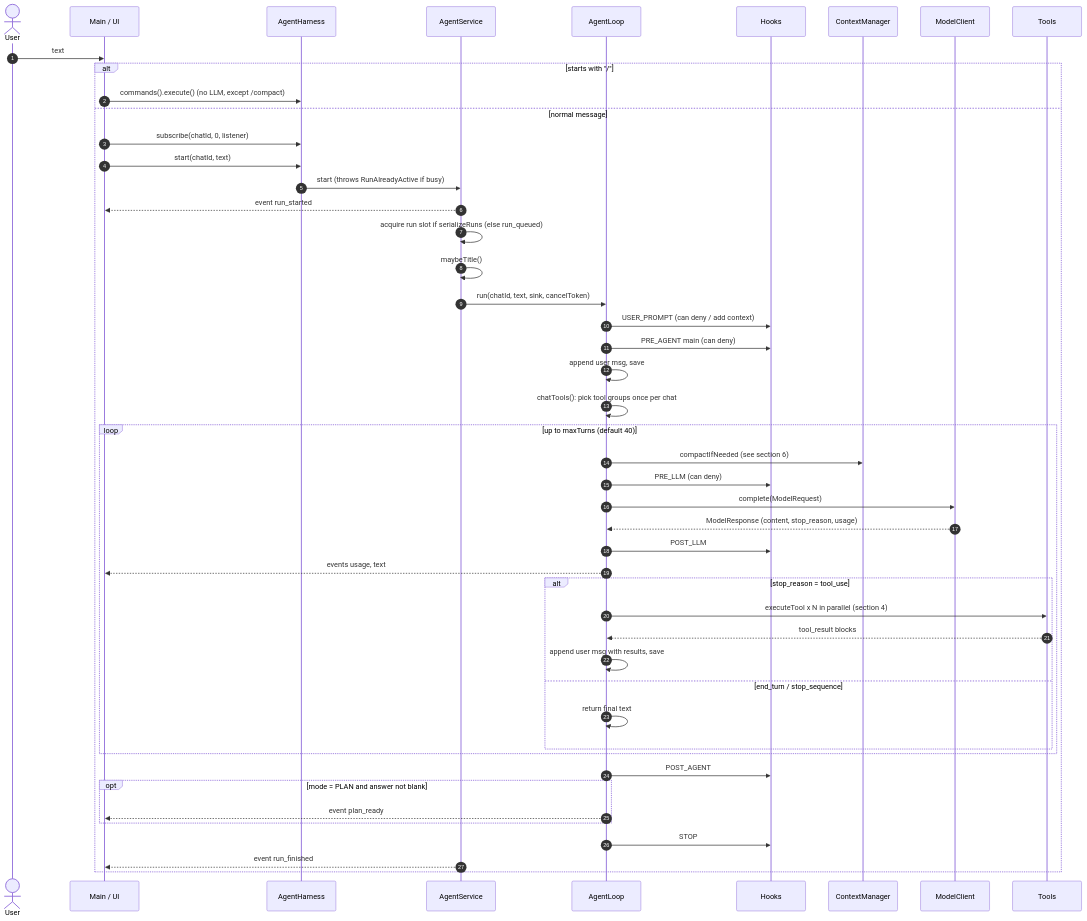
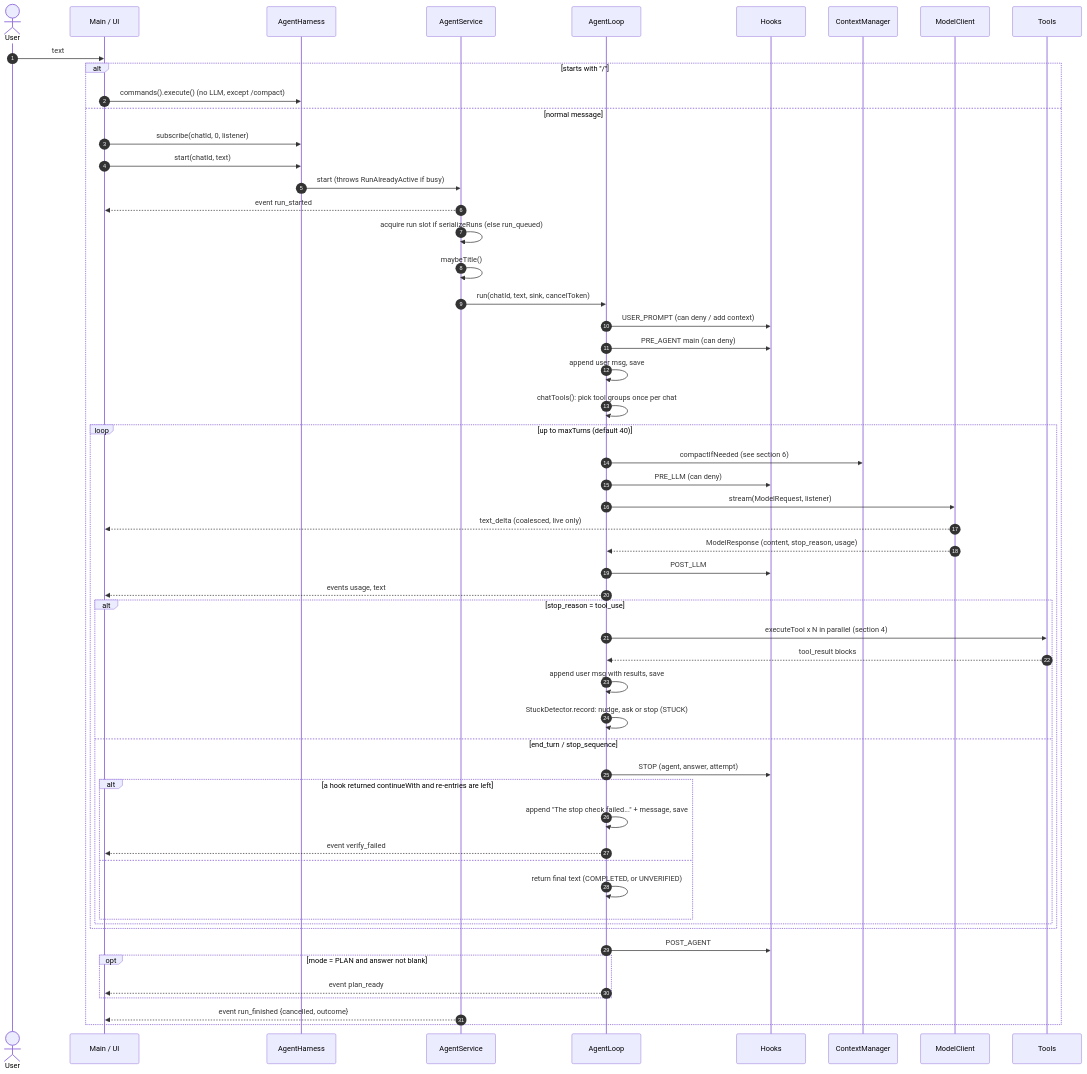
One commit to kendarorg/jllm changed the third of 13 diagrams in docs/FLOW.md. Above: the diagram before and after it, drawn with Mermaid. The commit also changed other lines of this file and 592 other files, not shown here.

````diff
--- a/docs/FLOW.md
+++ b/docs/FLOW.md
@@ -102,51 +102,58 @@
 ```mermaid
 sequenceDiagram
     autonumber
     actor U as User
     participant FE as Main / UI
     participant H as AgentHarness
     participant S as AgentService
     participant L as AgentLoop
     participant Hk as Hooks
     participant CM as ContextManager
     participant LLM as ModelClient
     participant T as Tools
 
     U->>FE: text
     alt starts with "/"
         FE->>H: commands().execute() (no LLM, except /compact)
     else normal message
         FE->>H: subscribe(chatId, 0, listener)
         FE->>H: start(chatId, text)
         H->>S: start (throws RunAlreadyActive if busy)
         S-->>FE: event run_started
         S->>S: acquire run slot if serializeRuns (else run_queued)
         S->>S: maybeTitle()
         S->>L: run(chatId, text, sink, cancelToken)
         L->>Hk: USER_PROMPT (can deny / add context)
         L->>Hk: PRE_AGENT main (can deny)
         L->>L: append user msg, save
         L->>L: chatTools(): pick tool groups once per chat
         loop up to maxTurns (default 40)
             L->>CM: compactIfNeeded (see section 6)
             L->>Hk: PRE_LLM (can deny)
-            L->>LLM: complete(ModelRequest)
+            L->>LLM: stream(ModelRequest, listener)
+            LLM-->>FE: text_delta (coalesced, live only)
             LLM-->>L: ModelResponse (content, stop_reason, usage)
             L->>Hk: POST_LLM
             L-->>FE: events usage, text
             alt stop_reason = tool_use
                 L->>T: executeTool x N in parallel (section 4)
                 T-->>L: tool_result blocks
                 L->>L: append user msg with results, save
+                L->>L: StuckDetector.record: nudge, ask or stop (STUCK)
             else end_turn / stop_sequence
-                L->>L: return final text
+                L->>Hk: STOP (agent, answer, attempt)
+                alt a hook returned continueWith and re-entries are left
+                    L->>L: append "The stop check failed..." + message, save
+                    L-->>FE: event verify_failed
+                else
+                    L->>L: return final text (COMPLETED, or UNVERIFIED)
+                end
             end
         end
         L->>Hk: POST_AGENT
         opt mode = PLAN and answer not blank
             L-->>FE: event plan_ready
         end
-        L->>Hk: STOP
-        S-->>FE: event run_finished
+        S-->>FE: event run_finished {cancelled, outcome}
     end
 ```
````
